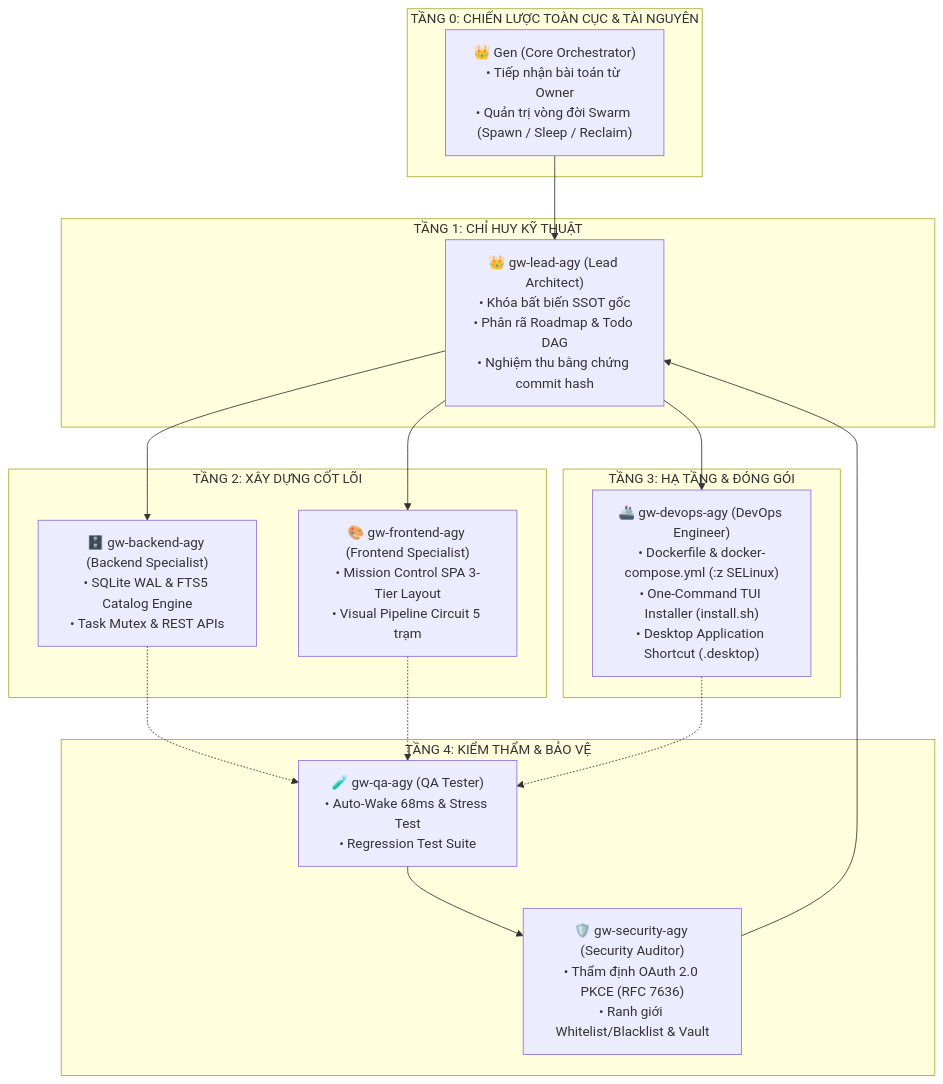
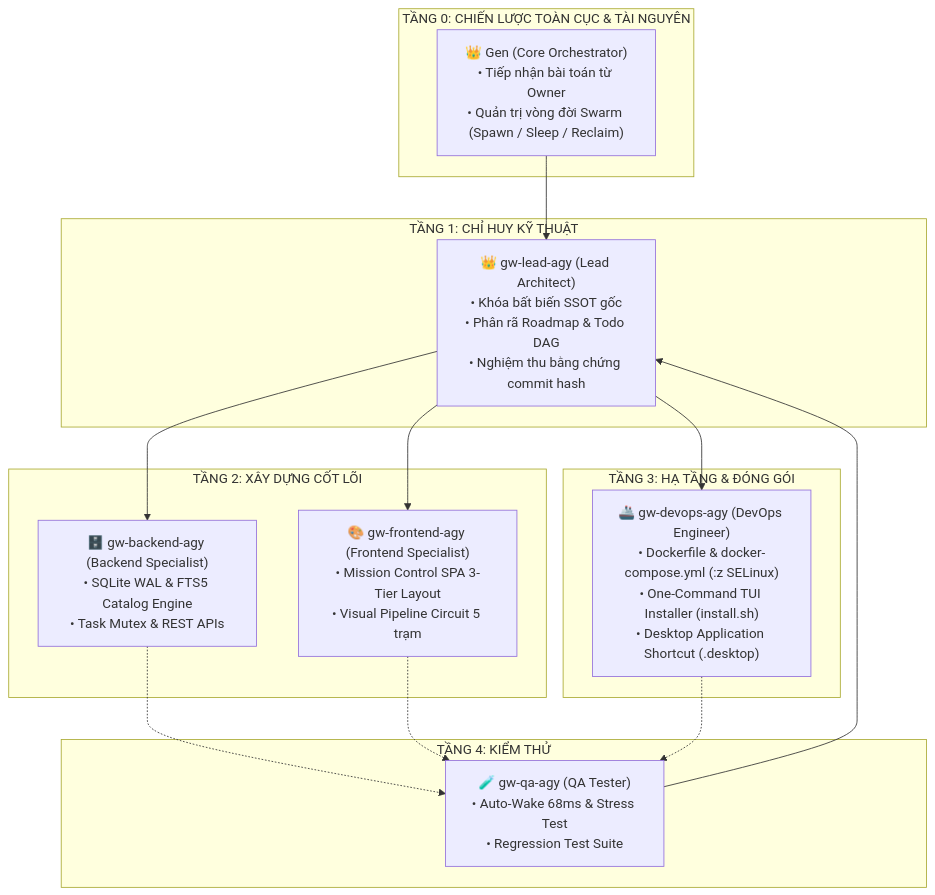
One commit to Genesis-ryan-84-0567536339/gen-workplace changed the diagram in README.md. Above: the diagram before and after it, drawn with Mermaid. The commit also changed other lines of this file and 14 other files, not shown here.

````diff
--- a/README.md
+++ b/README.md
@@ -23,34 +23,32 @@
 ```mermaid
 flowchart TD
     subgraph TIER0["TẦNG 0: CHIẾN LƯỢC TOÀN CỤC & TÀI NGUYÊN"]
         Gen["👑 Gen (Core Orchestrator)<br/>• Tiếp nhận bài toán từ Owner<br/>• Quản trị vòng đời Swarm (Spawn / Sleep / Reclaim)"]
     end
 
     subgraph TIER1["TẦNG 1: CHỈ HUY KỸ THUẬT"]
         Lead["👑 gw-lead-agy (Lead Architect)<br/>• Khóa bất biến SSOT gốc<br/>• Phân rã Roadmap & Todo DAG<br/>• Nghiệm thu bằng chứng commit hash"]
     end
 
     subgraph TIER2["TẦNG 2: XÂY DỰNG CỐT LÕI"]
         Backend["🗄️ gw-backend-agy (Backend Specialist)<br/>• SQLite WAL & FTS5 Catalog Engine<br/>• Task Mutex & REST APIs"]
         Frontend["🎨 gw-frontend-agy (Frontend Specialist)<br/>• Mission Control SPA 3-Tier Layout<br/>• Visual Pipeline Circuit 5 trạm"]
     end
 
     subgraph TIER3["TẦNG 3: HẠ TẦNG & ĐÓNG GÓI"]
         DevOps["🚢 gw-devops-agy (DevOps Engineer)<br/>• Dockerfile & docker-compose.yml (:z SELinux)<br/>• One-Command TUI Installer (install.sh)<br/>• Desktop Application Shortcut (.desktop)"]
     end
 
-    subgraph TIER4["TẦNG 4: KIỂM THẨM & BẢO VỆ"]
+    subgraph TIER4["TẦNG 4: KIỂM THỬ"]
         QA["🧪 gw-qa-agy (QA Tester)<br/>• Auto-Wake 68ms & Stress Test<br/>• Regression Test Suite"]
-        Sec["🛡️ gw-security-agy (Security Auditor)<br/>• Thẩm định OAuth 2.0 PKCE (RFC 7636)<br/>• Ranh giới Whitelist/Blacklist & Vault"]
     end
 
     Gen --> Lead
     Lead --> Backend
     Lead --> Frontend
     Lead --> DevOps
     Backend -.-> QA
     Frontend -.-> QA
     DevOps -.-> QA
-    QA --> Sec
-    Sec --> Lead
+    QA --> Lead
 ```
````
